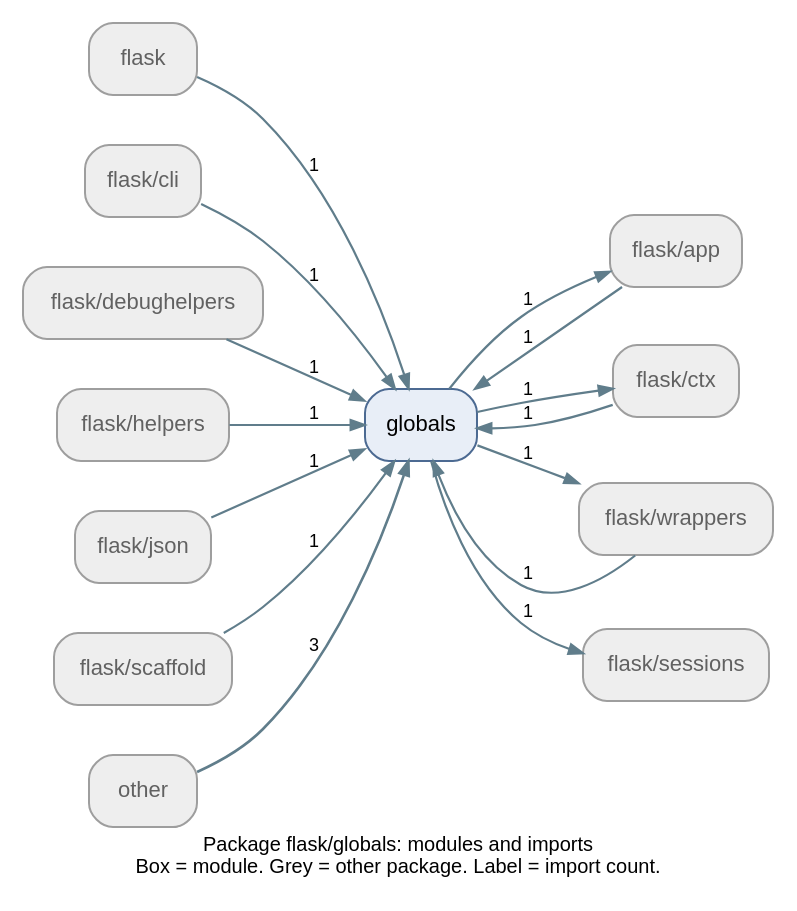
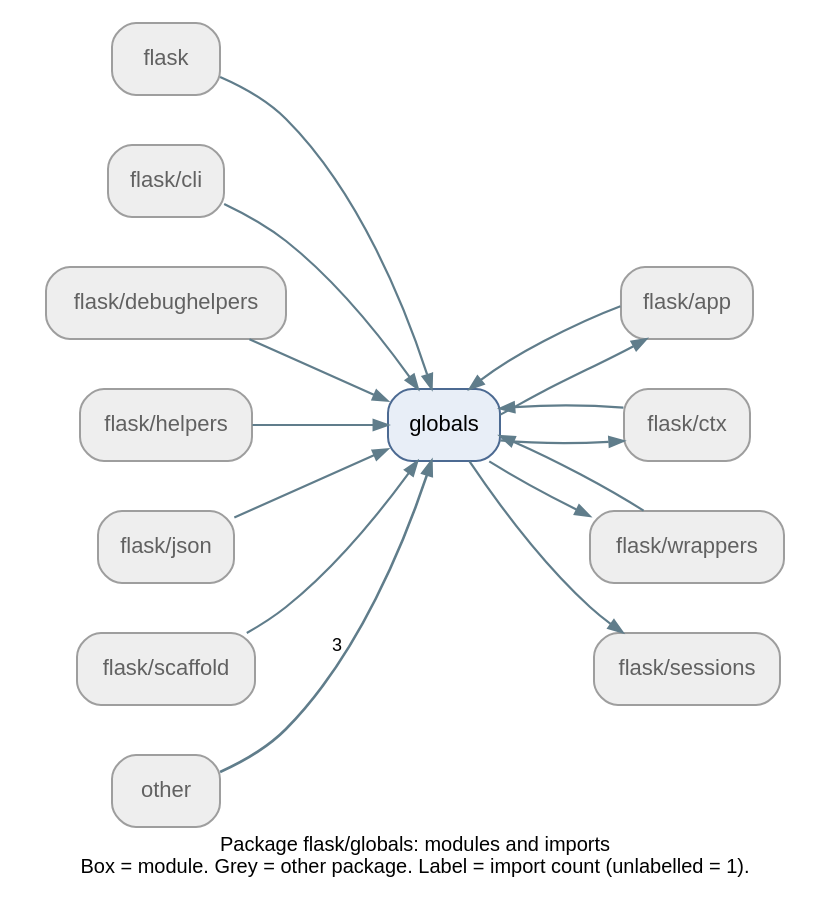
The diagram in onboarding/pallets__flask/diagrams/packages/flask_globals.dot (Icoder05/buglens), drawn with Graphviz before and after one commit. The commit also changed 70 other files, not shown here.

```diff
--- a/onboarding/pallets__flask/diagrams/packages/flask_globals.dot
+++ b/onboarding/pallets__flask/diagrams/packages/flask_globals.dot
@@ -1,32 +1,32 @@
 digraph package {
 	fontname=Helvetica fontsize=10 label="Package flask/globals: modules and imports
-Box = module. Grey = other package. Label = import count." labelloc=b nodesep=0.35 rankdir=LR ranksep=0.6
+Box = module. Grey = other package. Label = import count (unlabelled = 1)." labelloc=b nodesep=0.35 rankdir=LR ranksep=0.6
 	node [color="#4c6a92" fillcolor="#e8eef7" fontname=Helvetica fontsize=11 shape=box style="rounded,filled"]
 	edge [arrowsize=0.7 color="#607d8b" fontname=Helvetica fontsize=9]
 	n0 [label=flask color="#9e9e9e" fillcolor="#eeeeee" fontcolor="#616161" tooltip="ext::flask"]
 	n1 [label="flask/app" color="#9e9e9e" fillcolor="#eeeeee" fontcolor="#616161" tooltip="ext::flask/app"]
 	n2 [label="flask/cli" color="#9e9e9e" fillcolor="#eeeeee" fontcolor="#616161" tooltip="ext::flask/cli"]
 	n3 [label="flask/ctx" color="#9e9e9e" fillcolor="#eeeeee" fontcolor="#616161" tooltip="ext::flask/ctx"]
 	n4 [label="flask/debughelpers" color="#9e9e9e" fillcolor="#eeeeee" fontcolor="#616161" tooltip="ext::flask/debughelpers"]
 	n5 [label="flask/helpers" color="#9e9e9e" fillcolor="#eeeeee" fontcolor="#616161" tooltip="ext::flask/helpers"]
 	n6 [label="flask/json" color="#9e9e9e" fillcolor="#eeeeee" fontcolor="#616161" tooltip="ext::flask/json"]
 	n7 [label="flask/scaffold" color="#9e9e9e" fillcolor="#eeeeee" fontcolor="#616161" tooltip="ext::flask/scaffold"]
 	n8 [label="flask/sessions" color="#9e9e9e" fillcolor="#eeeeee" fontcolor="#616161" tooltip="ext::flask/sessions"]
 	n9 [label="flask/wrappers" color="#9e9e9e" fillcolor="#eeeeee" fontcolor="#616161" tooltip="ext::flask/wrappers"]
 	n10 [label=other color="#9e9e9e" fillcolor="#eeeeee" fontcolor="#616161" tooltip="ext::other"]
 	n11 [label=globals tooltip="flask.globals"]
-	n0 -> n11 [label=1 penwidth=1.1]
-	n1 -> n11 [label=1 penwidth=1.1]
-	n2 -> n11 [label=1 penwidth=1.1]
-	n3 -> n11 [label=1 penwidth=1.1]
-	n4 -> n11 [label=1 penwidth=1.1]
-	n5 -> n11 [label=1 penwidth=1.1]
-	n6 -> n11 [label=1 penwidth=1.1]
-	n7 -> n11 [label=1 penwidth=1.1]
-	n9 -> n11 [label=1 penwidth=1.1]
+	n0 -> n11 [penwidth=1.1]
+	n1 -> n11 [penwidth=1.1]
+	n2 -> n11 [penwidth=1.1]
+	n3 -> n11 [penwidth=1.1]
+	n4 -> n11 [penwidth=1.1]
+	n5 -> n11 [penwidth=1.1]
+	n6 -> n11 [penwidth=1.1]
+	n7 -> n11 [penwidth=1.1]
+	n9 -> n11 [penwidth=1.1]
 	n10 -> n11 [label=3 penwidth=1.3]
-	n11 -> n1 [label=1 penwidth=1.1]
-	n11 -> n3 [label=1 penwidth=1.1]
-	n11 -> n8 [label=1 penwidth=1.1]
-	n11 -> n9 [label=1 penwidth=1.1]
+	n11 -> n1 [penwidth=1.1]
+	n11 -> n3 [penwidth=1.1]
+	n11 -> n8 [penwidth=1.1]
+	n11 -> n9 [penwidth=1.1]
 }
```
